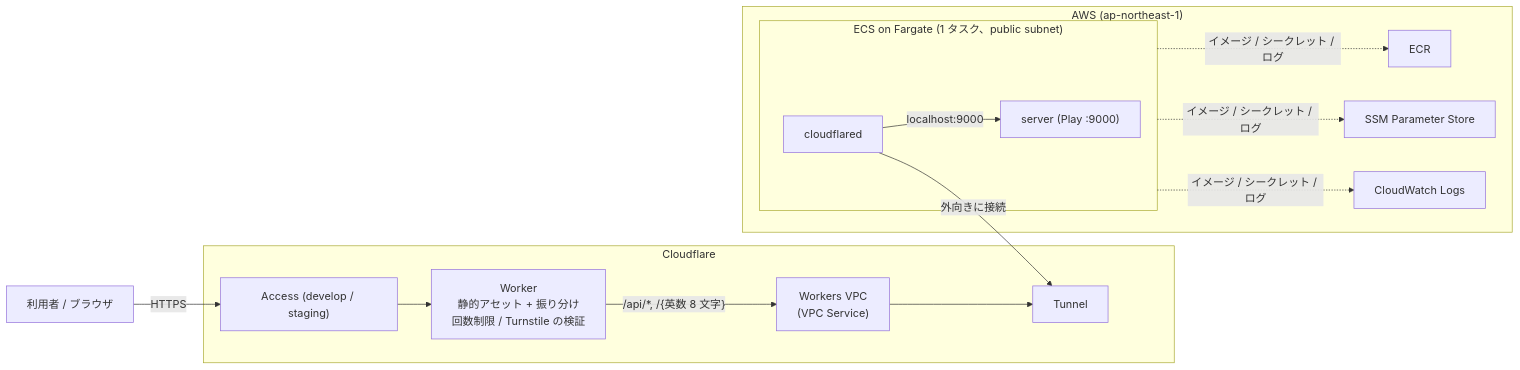
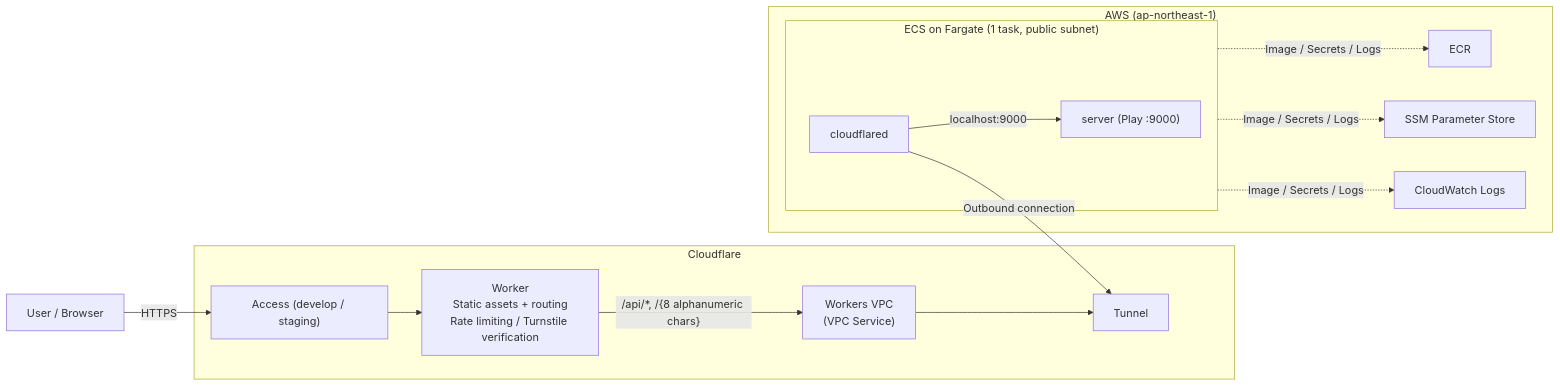
Before and after one commit to u-na-gi/short-link-service: the diagram in docs/production-architecture.md, drawn with Mermaid. The commit also changed other lines of this file and 119 other files, not shown here.

````diff
--- a/docs/production-architecture.md
+++ b/docs/production-architecture.md
@@ -43,27 +43,27 @@
 ```mermaid
 flowchart LR
-    User["利用者 / ブラウザ"]
+    User["User / Browser"]
 
     subgraph CF ["Cloudflare"]
         Access["Access (develop / staging)"]
-        Worker["Worker<br/>静的アセット + 振り分け<br/>回数制限 / Turnstile の検証"]
+        Worker["Worker<br/>Static assets + routing<br/>Rate limiting / Turnstile verification"]
         VPC["Workers VPC<br/>(VPC Service)"]
         Tunnel["Tunnel"]
     end
 
     subgraph AWS ["AWS (ap-northeast-1)"]
-        subgraph Task ["ECS on Fargate (1 タスク、public subnet)"]
+        subgraph Task ["ECS on Fargate (1 task, public subnet)"]
             Play["server (Play :9000)"]
             Cloudflared["cloudflared"]
         end
         ECR["ECR"]
         SSM["SSM Parameter Store"]
         Logs["CloudWatch Logs"]
     end
 
     User -->|HTTPS| Access --> Worker
-    Worker -->|"/api/*, /{英数 8 文字}"| VPC --> Tunnel
-    Cloudflared -->|外向きに接続| Tunnel
+    Worker -->|"/api/*, /{8 alphanumeric chars}"| VPC --> Tunnel
+    Cloudflared -->|Outbound connection| Tunnel
     Cloudflared -->|localhost:9000| Play
-    Task -.->|イメージ / シークレット / ログ| ECR & SSM & Logs
+    Task -.->|Image / Secrets / Logs| ECR & SSM & Logs
 ```
````
